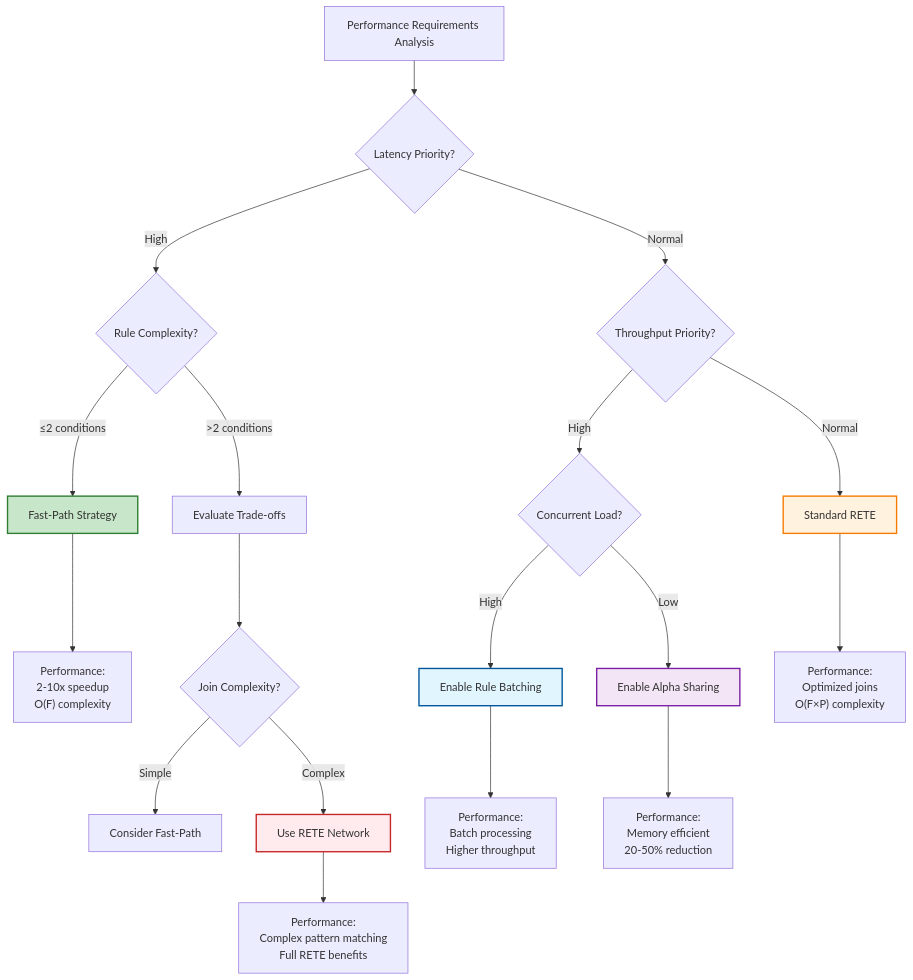
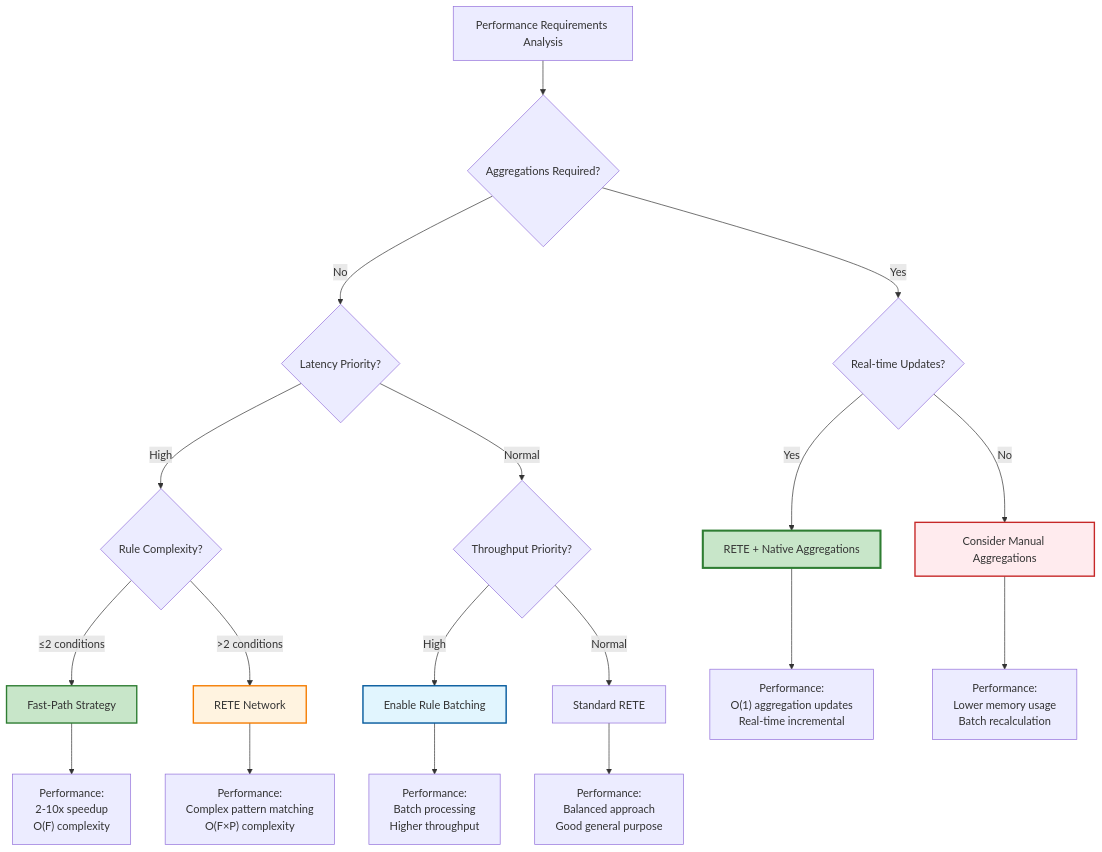
One commit to hl/presto changed the eighth of 8 diagrams in specs/performance.md. Above: the diagram before and after it, drawn with Mermaid. The commit also changed other lines of this file and 11 other files, not shown here.

First line of the commit message:
docs: update all markdown files for BSSN simplification and RETE-native aggregations

````diff
--- a/specs/performance.md
+++ b/specs/performance.md
@@ -469,31 +575,31 @@
 ```mermaid
 flowchart TD
-    A[Performance Requirements Analysis] --> B{Latency Priority?}
-    B -->|High| C{Rule Complexity?}
-    B -->|Normal| D{Throughput Priority?}
+    A[Performance Requirements Analysis] --> B{Aggregations Required?}
+    B -->|Yes| C{Real-time Updates?}
+    B -->|No| D{Latency Priority?}
     
-    C -->|≤2 conditions| E[Fast-Path Strategy]
-    C -->|>2 conditions| F[Evaluate Trade-offs]
+    C -->|Yes| E[RETE + Native Aggregations]
+    C -->|No| F[Consider Manual Aggregations]
     
-    D -->|High| G{Concurrent Load?}
-    D -->|Normal| H[Standard RETE]
+    D -->|High| G{Rule Complexity?}
+    D -->|Normal| H{Throughput Priority?}
     
-    G -->|High| I[Enable Rule Batching]
-    G -->|Low| J[Enable Alpha Sharing]
+    G -->|≤2 conditions| I[Fast-Path Strategy]
+    G -->|>2 conditions| J[RETE Network]
     
-    F --> K{Join Complexity?}
-    K -->|Simple| L[Consider Fast-Path]
-    K -->|Complex| M[Use RETE Network]
+    H -->|High| K[Enable Rule Batching]
+    H -->|Normal| L[Standard RETE]
     
-    E --> N["Performance:<br/>2-10x speedup<br/>O(F) complexity"]
-    H --> O["Performance:<br/>Optimized joins<br/>O(F×P) complexity"]
-    I --> P["Performance:<br/>Batch processing<br/>Higher throughput"]
-    J --> Q["Performance:<br/>Memory efficient<br/>20-50% reduction"]
-    M --> R["Performance:<br/>Complex pattern matching<br/>Full RETE benefits"]
+    E --> M["Performance:<br/>O(1) aggregation updates<br/>Real-time incremental"]
+    F --> N["Performance:<br/>Lower memory usage<br/>Batch recalculation"]
+    I --> O["Performance:<br/>2-10x speedup<br/>O(F) complexity"]
+    J --> P["Performance:<br/>Complex pattern matching<br/>O(F×P) complexity"]
+    K --> Q["Performance:<br/>Batch processing<br/>Higher throughput"]
+    L --> R["Performance:<br/>Balanced approach<br/>Good general purpose"]
     
-    style E fill:#c8e6c9,stroke:#2e7d32,stroke-width:2px
-    style H fill:#fff3e0,stroke:#f57c00,stroke-width:2px
-    style I fill:#e1f5fe,stroke:#01579b,stroke-width:2px
-    style J fill:#f3e5f5,stroke:#7b1fa2,stroke-width:2px
-    style M fill:#ffebee,stroke:#c62828,stroke-width:2px
+    style E fill:#c8e6c9,stroke:#2e7d32,stroke-width:3px
+    style I fill:#c8e6c9,stroke:#2e7d32,stroke-width:2px
+    style J fill:#fff3e0,stroke:#f57c00,stroke-width:2px
+    style K fill:#e1f5fe,stroke:#01579b,stroke-width:2px
+    style F fill:#ffebee,stroke:#c62828,stroke-width:2px
 ```
````
